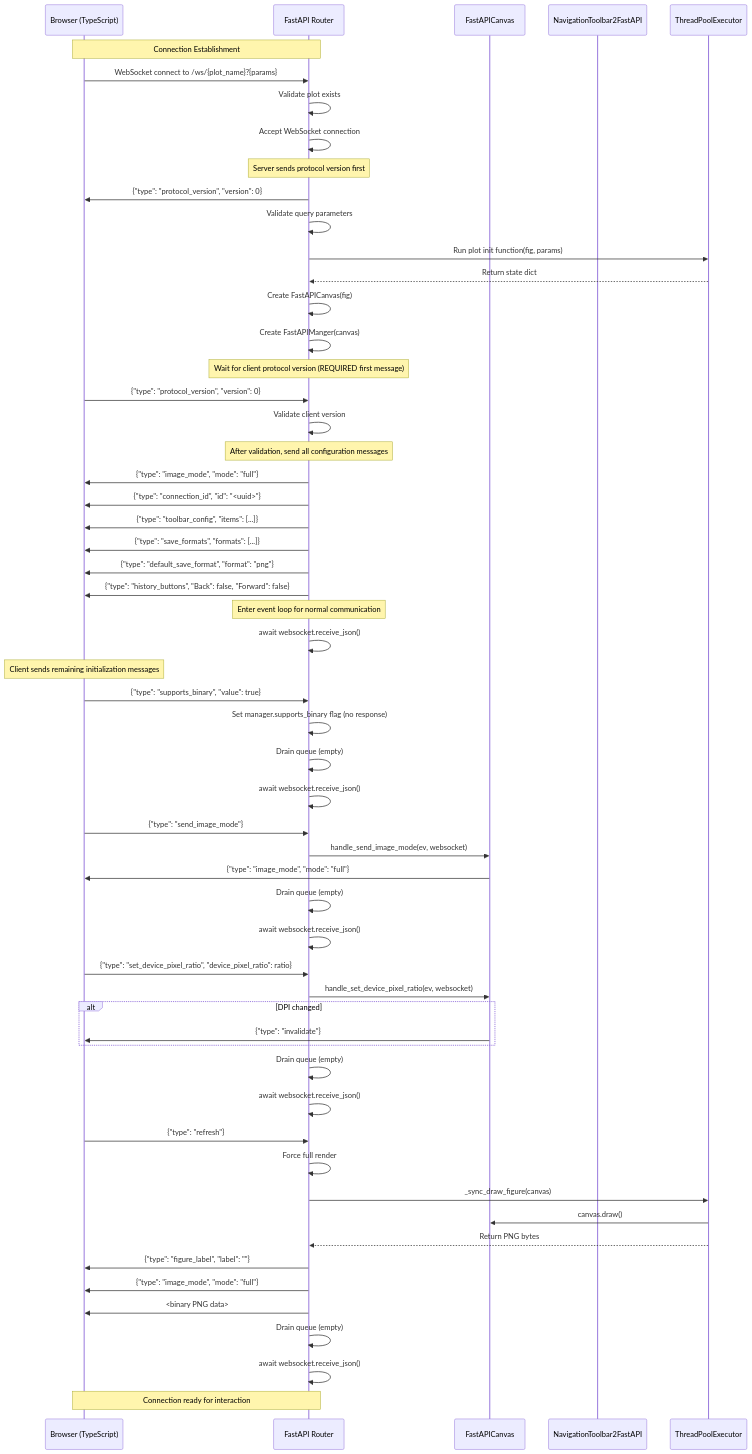
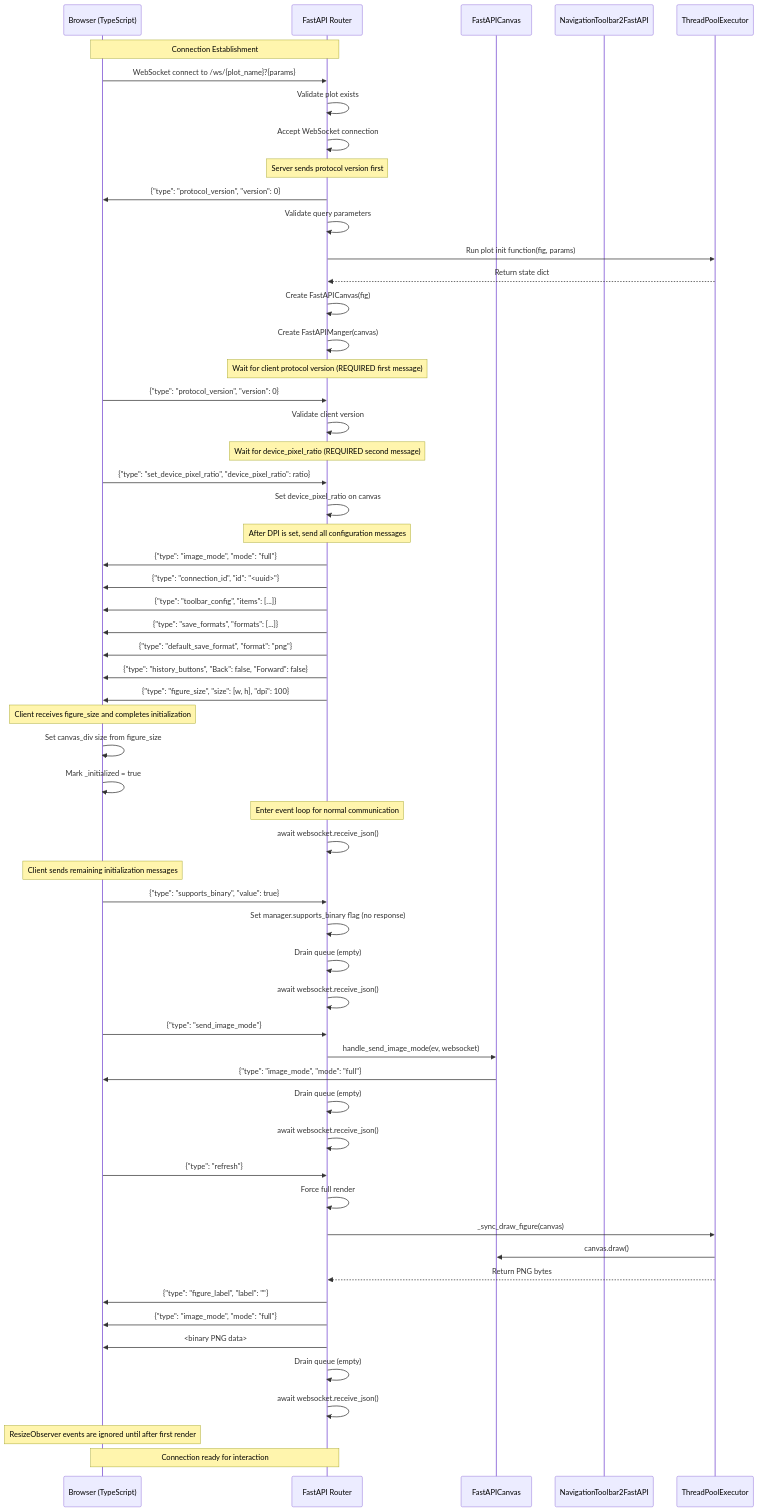
The first of 12 diagrams in docs/websocket-protocol.md (tacaswell/matplotlib-fastapi), drawn with Mermaid before and after one commit. The commit also changed other lines of this file and 6 other files, not shown here.

````diff
--- a/docs/websocket-protocol.md
+++ b/docs/websocket-protocol.md
@@ -18,69 +18,71 @@
 ```mermaid
 sequenceDiagram
     participant Client as Browser (TypeScript)
     participant Router as FastAPI Router
     participant Backend as FastAPICanvas
     participant Toolbar as NavigationToolbar2FastAPI
     participant Executor as ThreadPoolExecutor
 
     Note over Client,Router: Connection Establishment
     Client->>Router: WebSocket connect to /ws/{plot_name}?{params}
     Router->>Router: Validate plot exists
     Router->>Router: Accept WebSocket connection
     
     Note over Router: Server sends protocol version first
     Router->>Client: {"type": "protocol_version", "version": 0}
     Router->>Router: Validate query parameters
     Router->>Executor: Run plot init function(fig, params)
     Executor-->>Router: Return state dict
     Router->>Router: Create FastAPICanvas(fig)
     Router->>Router: Create FastAPIManger(canvas)
     
     Note over Router: Wait for client protocol version (REQUIRED first message)
     Client->>Router: {"type": "protocol_version", "version": 0}
     Router->>Router: Validate client version
     
-    Note over Router: After validation, send all configuration messages
+    Note over Router: Wait for device_pixel_ratio (REQUIRED second message)
+    Client->>Router: {"type": "set_device_pixel_ratio", "device_pixel_ratio": ratio}
+    Router->>Router: Set device_pixel_ratio on canvas
+    
+    Note over Router: After DPI is set, send all configuration messages
     Router->>Client: {"type": "image_mode", "mode": "full"}
     Router->>Client: {"type": "connection_id", "id": "<uuid>"}
     Router->>Client: {"type": "toolbar_config", "items": [...]}
     Router->>Client: {"type": "save_formats", "formats": [...]}
     Router->>Client: {"type": "default_save_format", "format": "png"}
     Router->>Client: {"type": "history_buttons", "Back": false, "Forward": false}
+    Router->>Client: {"type": "figure_size", "size": [w, h], "dpi": 100}
+    
+    Note over Client: Client receives figure_size and completes initialization
+    Client->>Client: Set canvas_div size from figure_size
+    Client->>Client: Mark _initialized = true
     
     Note over Router: Enter event loop for normal communication
     Router->>Router: await websocket.receive_json()
     
     Note over Client: Client sends remaining initialization messages
     Client->>Router: {"type": "supports_binary", "value": true}
     Router->>Router: Set manager.supports_binary flag (no response)
     Router->>Router: Drain queue (empty)
     Router->>Router: await websocket.receive_json()
     
     Client->>Router: {"type": "send_image_mode"}
     Router->>Backend: handle_send_image_mode(ev, websocket)
     Backend->>Client: {"type": "image_mode", "mode": "full"}
     Router->>Router: Drain queue (empty)
     Router->>Router: await websocket.receive_json()
     
-    Client->>Router: {"type": "set_device_pixel_ratio", "device_pixel_ratio": ratio}
-    Router->>Backend: handle_set_device_pixel_ratio(ev, websocket)
-    alt DPI changed
-        Backend->>Client: {"type": "invalidate"}
-    end
-    Router->>Router: Drain queue (empty)
-    Router->>Router: await websocket.receive_json()
-    
     Client->>Router: {"type": "refresh"}
     Router->>Router: Force full render
     Router->>Executor: _sync_draw_figure(canvas)
     Executor->>Backend: canvas.draw()
     Executor-->>Router: Return PNG bytes
     Router->>Client: {"type": "figure_label", "label": ""}
     Router->>Client: {"type": "image_mode", "mode": "full"}
     Router->>Client: <binary PNG data>
     Router->>Router: Drain queue (empty)
     Router->>Router: await websocket.receive_json()
     
+    Note over Client: ResizeObserver events are ignored until after first render
     Note over Client,Router: Connection ready for interaction
 ```
````
